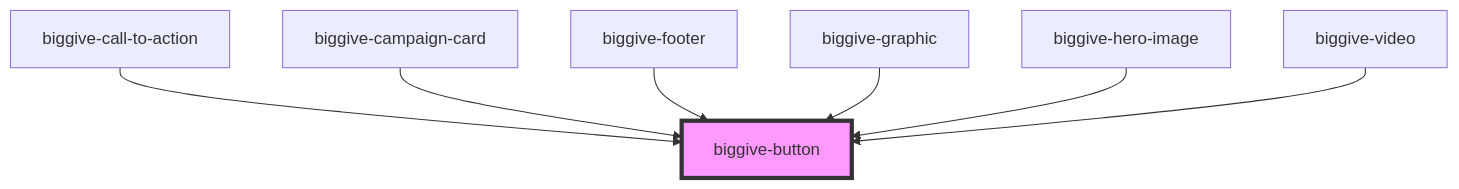
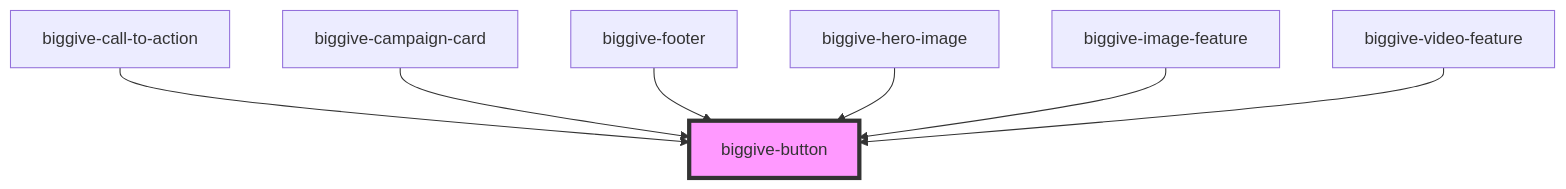
Before and after one commit to thebiggive/donate-frontend: the diagram in src/components/biggive-button/readme.md, drawn with Mermaid. The commit also changed other lines of this file and 133 other files, not shown here.

````diff
--- a/src/components/biggive-button/readme.md
+++ b/src/components/biggive-button/readme.md
@@ -29,10 +31,10 @@
 ```mermaid
 graph TD;
   biggive-call-to-action --> biggive-button
   biggive-campaign-card --> biggive-button
   biggive-footer --> biggive-button
-  biggive-graphic --> biggive-button
   biggive-hero-image --> biggive-button
-  biggive-video --> biggive-button
+  biggive-image-feature --> biggive-button
+  biggive-video-feature --> biggive-button
   style biggive-button fill:#f9f,stroke:#333,stroke-width:4px
 ```
````
